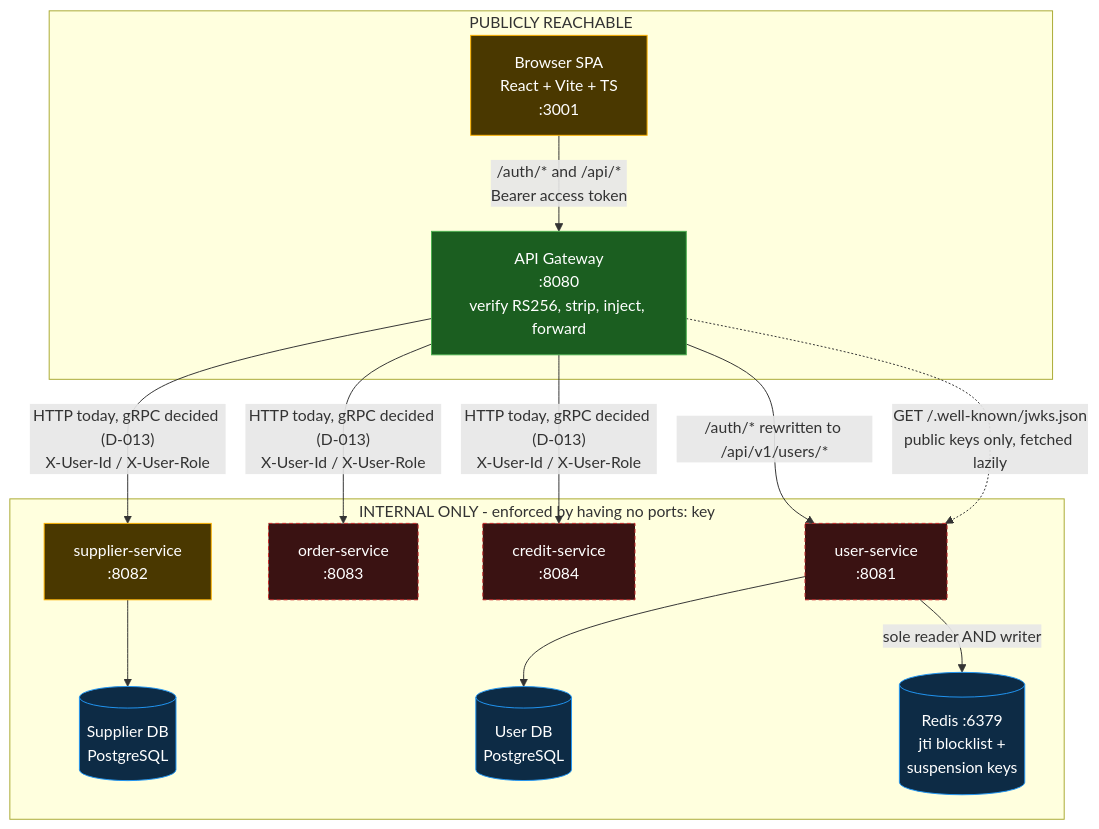
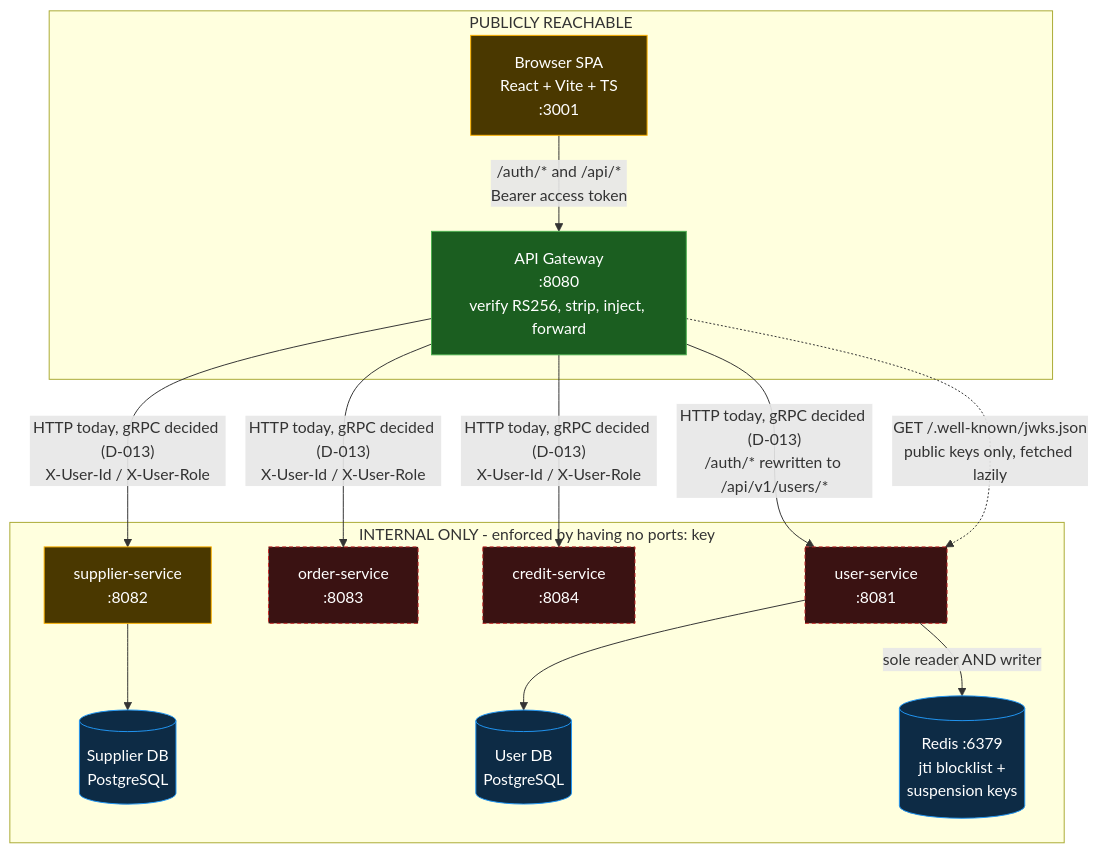
One commit to AY2627S1-CS3219-P2/FoC changed the first of 6 diagrams in ai/decisions/architecture.md. Above: the diagram before and after it, drawn with Mermaid.

````diff
--- a/ai/decisions/architecture.md
+++ b/ai/decisions/architecture.md
@@ -32,38 +32,38 @@
 ```mermaid
 flowchart TB
     subgraph PUBLIC["PUBLICLY REACHABLE"]
         UI["Browser SPA<br/>React + Vite + TS<br/>:3001"]
         GW["API Gateway<br/>:8080<br/>verify RS256, strip, inject, forward"]
     end
 
     subgraph INTERNAL["INTERNAL ONLY - enforced by having no ports: key"]
         US["user-service<br/>:8081"]
         SUP["supplier-service<br/>:8082"]
         ORD["order-service<br/>:8083"]
         CRE["credit-service<br/>:8084"]
         UDB[("User DB<br/>PostgreSQL")]
         SDB[("Supplier DB<br/>PostgreSQL")]
         RDS[("Redis :6379<br/>jti blocklist +<br/>suspension keys")]
     end
 
     UI -->|"/auth/* and /api/*<br/>Bearer access token"| GW
     GW -->|"HTTP today, gRPC decided (D-013)<br/>X-User-Id / X-User-Role"| SUP
     GW -->|"HTTP today, gRPC decided (D-013)<br/>X-User-Id / X-User-Role"| ORD
     GW -->|"HTTP today, gRPC decided (D-013)<br/>X-User-Id / X-User-Role"| CRE
-    GW -->|"/auth/* rewritten to /api/v1/users/*"| US
+    GW -->|"HTTP today, gRPC decided (D-013)<br/>/auth/* rewritten to /api/v1/users/*"| US
     GW -.->|"GET /.well-known/jwks.json<br/>public keys only, fetched lazily"| US
 
     US --> UDB
     SUP --> SDB
     US -->|"sole reader AND writer"| RDS
 
     classDef built fill:#1b5e20,stroke:#4caf50,color:#fff
     classDef partial fill:#4a3800,stroke:#ffb300,color:#fff
     classDef absent fill:#3a1212,stroke:#c62828,color:#fff,stroke-dasharray: 4 3
     classDef store fill:#0d2b45,stroke:#2196f3,color:#fff
 
     class GW built
     class UI,SUP partial
     class US,ORD,CRE absent
     class UDB,SDB,RDS store
 ```
````
